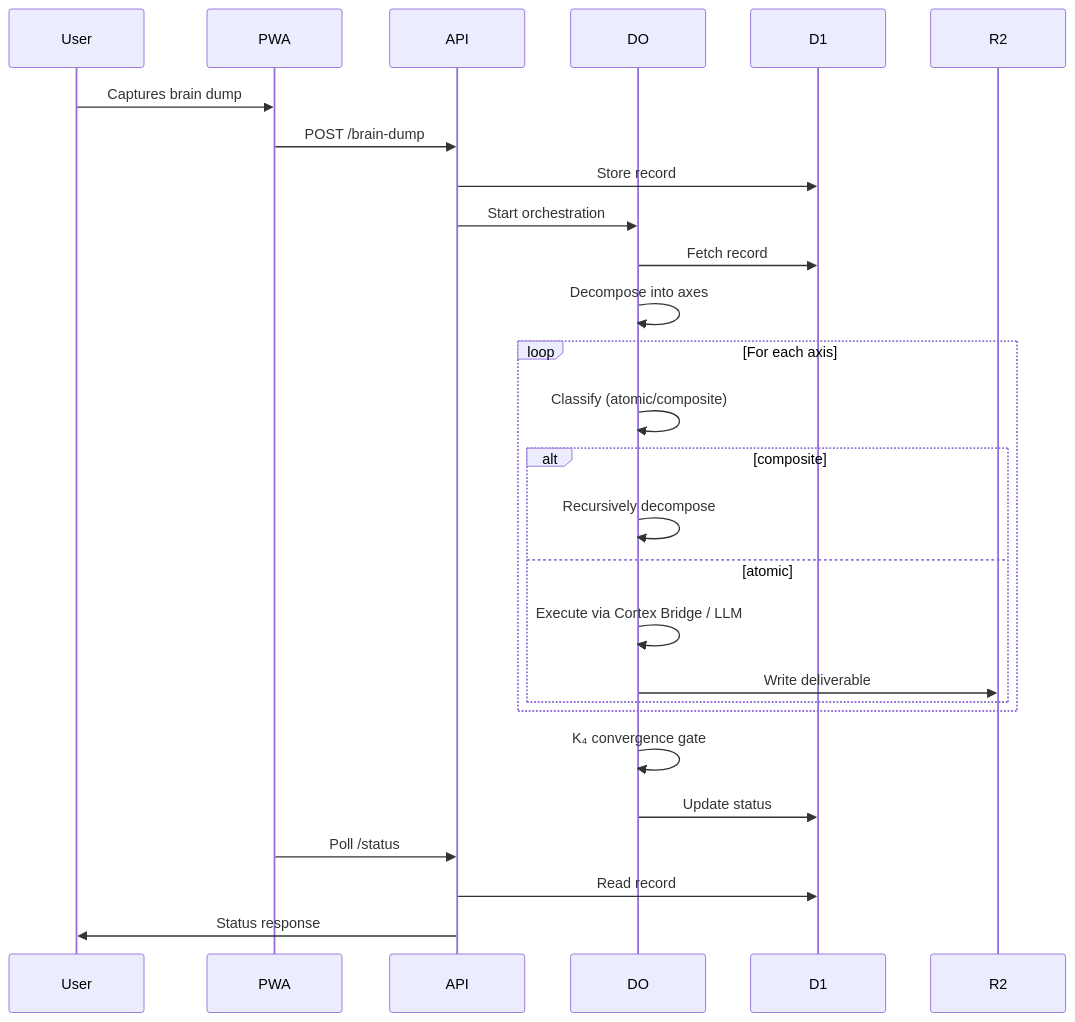
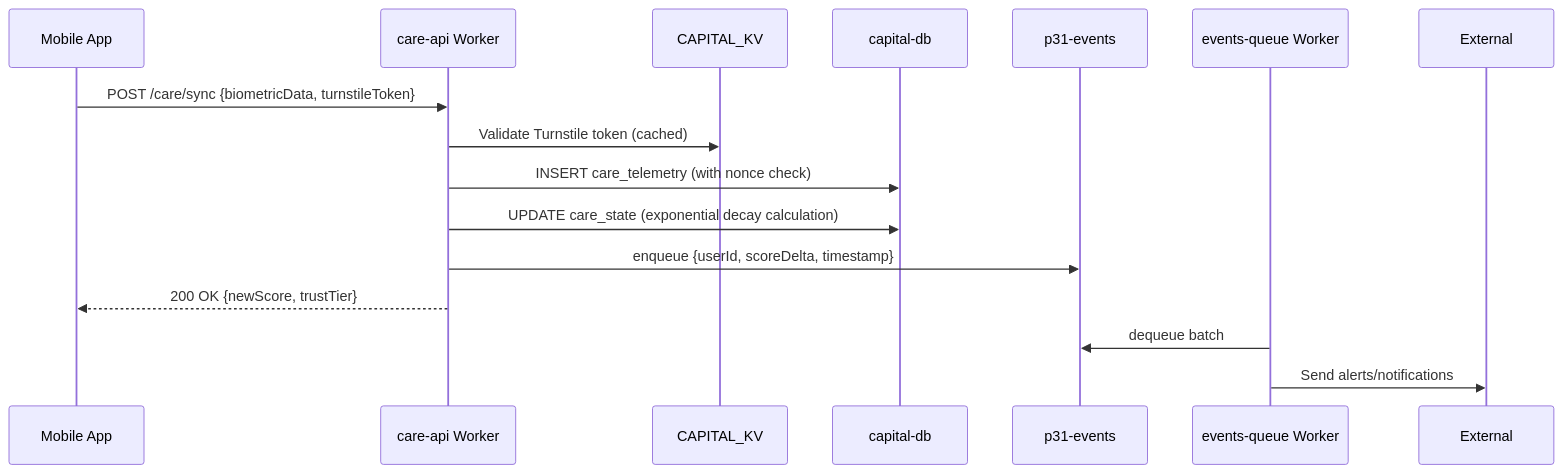
Before and after one commit to p31labs/P31-local-workspace: the first of 2 diagrams in docs/ARCHITECTURE.md, drawn with Mermaid. The commit also changed other lines of this file and 28 other files, not shown here.

````diff
--- a/docs/ARCHITECTURE.md
+++ b/docs/ARCHITECTURE.md
@@ -48,30 +60,18 @@
 ```mermaid
 sequenceDiagram
-    participant User
-    participant PWA
-    participant API
-    participant DO
-    participant D1
-    participant R2
-
-    User->>PWA: Captures brain dump
-    PWA->>API: POST /brain-dump
-    API->>D1: Store record
-    API->>DO: Start orchestration
-    DO->>D1: Fetch record
-    DO->>DO: Decompose into axes
-    loop For each axis
-        DO->>DO: Classify (atomic/composite)
-        alt composite
-            DO->>DO: Recursively decompose
-        else atomic
-            DO->>DO: Execute via Cortex Bridge / LLM
-            DO->>R2: Write deliverable
-        end
-    end
-    DO->>DO: K₄ convergence gate
-    DO->>D1: Update status
-    PWA->>API: Poll /status
-    API->>D1: Read record
-    API->>User: Status response
+    participant User as Mobile App
+    participant API as care-api Worker
+    participant KV as CAPITAL_KV
+    participant D1 as capital-db
+    participant Queue as p31-events
+    participant Worker as events-queue Worker
+    
+    User->>API: POST /care/sync {biometricData, turnstileToken}
+    API->>KV: Validate Turnstile token (cached)
+    API->>D1: INSERT care_telemetry (with nonce check)
+    API->>D1: UPDATE care_state (exponential decay calculation)
+    API->>Queue: enqueue {userId, scoreDelta, timestamp}
+    API-->>User: 200 OK {newScore, trustTier}
+    Worker->>Queue: dequeue batch
+    Worker->>External: Send alerts/notifications
 ```
````
